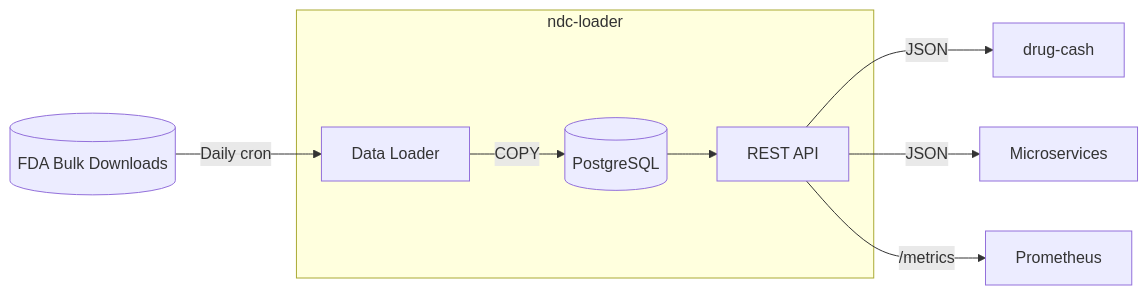
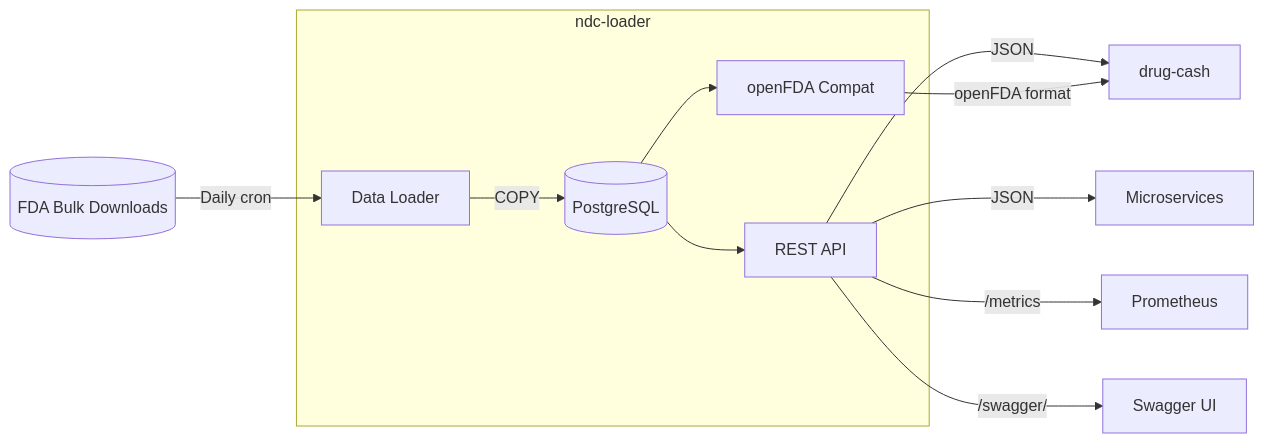
One commit to finish06/ndc-loader changed the first of 5 diagrams in README.md. Above: the diagram before and after it, drawn with Mermaid. The commit also changed other lines of this file and 4 other files, not shown here.

````diff
--- a/README.md
+++ b/README.md
@@ -144,11 +176,14 @@
 ```mermaid
 graph LR
     FDA[(FDA Bulk Downloads)] -->|Daily cron| Loader
     subgraph ndc-loader
         Loader[Data Loader] -->|COPY| PG[(PostgreSQL)]
         PG --> API[REST API]
+        PG --> OpenFDA[openFDA Compat]
     end
     API -->|JSON| DC[drug-cash]
+    OpenFDA -->|openFDA format| DC
     API -->|JSON| MS[Microservices]
     API -->|/metrics| Prom[Prometheus]
+    API -->|/swagger/| Docs[Swagger UI]
 ```
````
